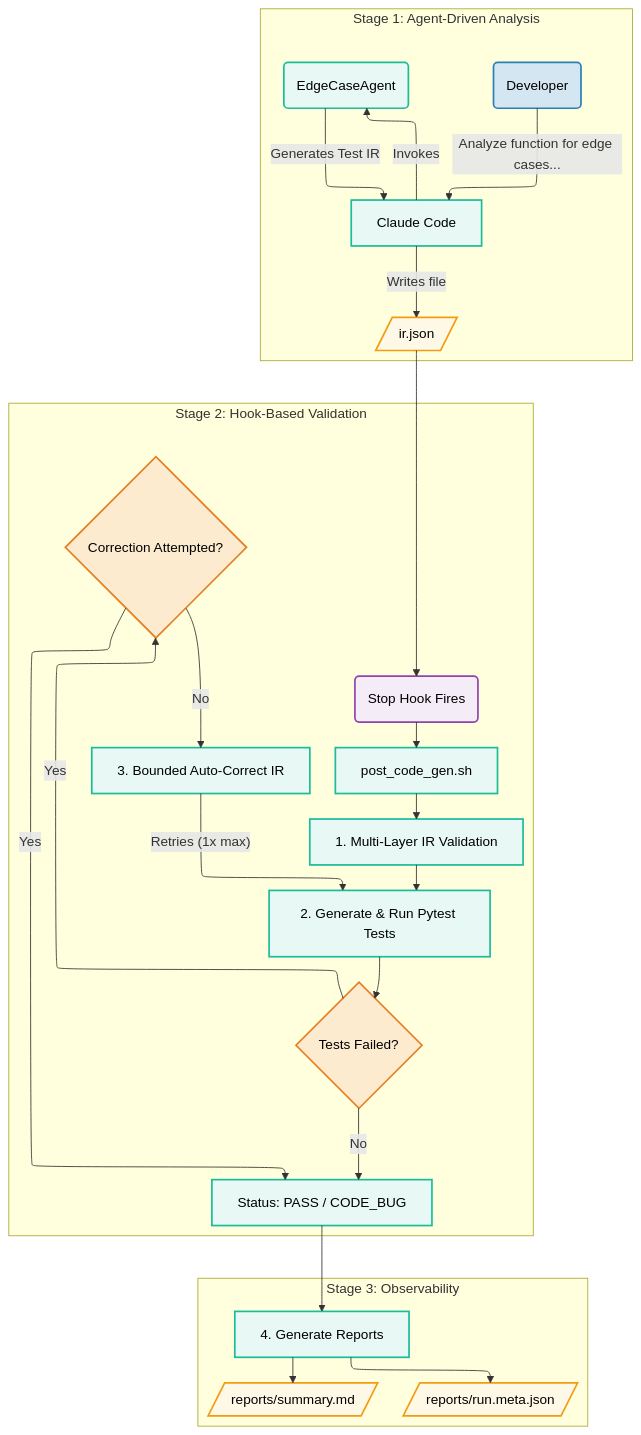
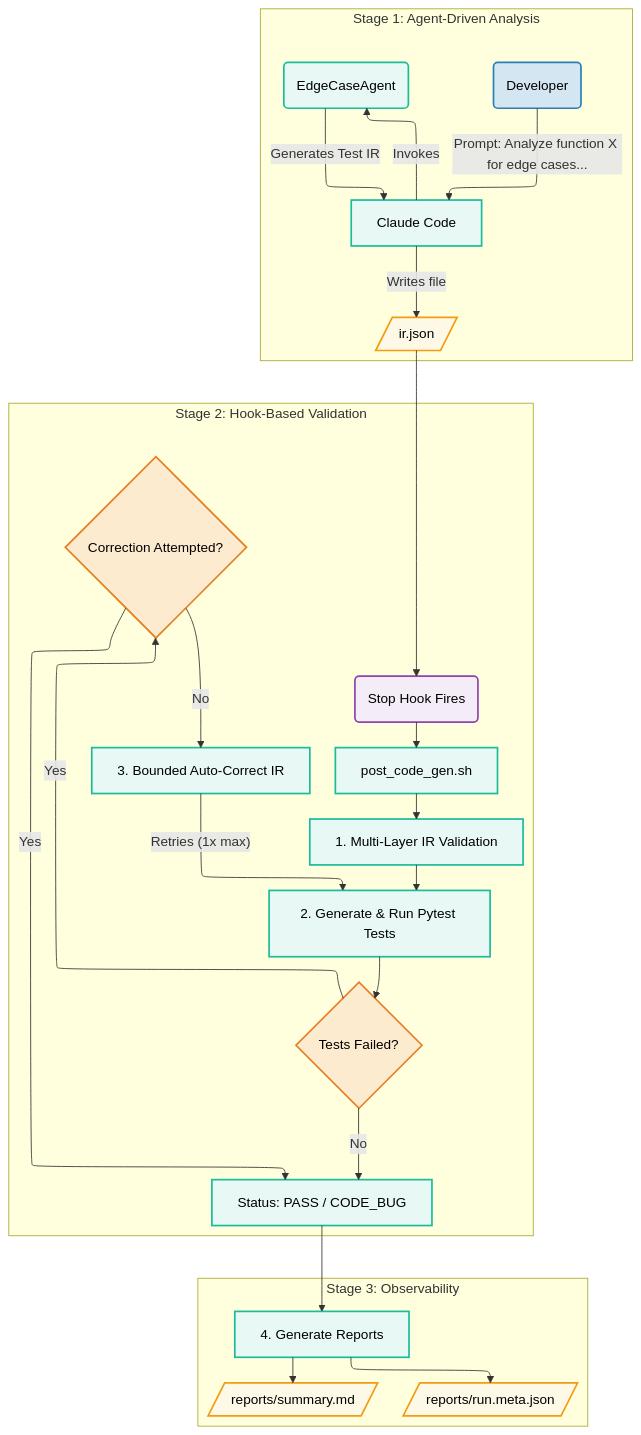
One commit to abean23/claude-code-agent-hooks changed the diagram in docs/main-guide.md. Above: the diagram before and after it, drawn with Mermaid. The commit also changed 1 other file, not shown here.

Commit message:
Link cleanup + mermaid diagram fix

````diff
--- a/docs/main-guide.md
+++ b/docs/main-guide.md
@@ -144,65 +144,72 @@
 ```mermaid
 %%{init: { "flowchart": { "defaultRenderer": "elk" } } }%%
 flowchart TD
     %% Define Styles for different node types
     classDef actor fill:#d4e6f1,stroke:#2980b9,stroke-width:2px;
     classDef file fill:#fef9e7,stroke:#f39c12,stroke-width:2px;
     classDef process fill:#e8f8f5,stroke:#1abc9c,stroke-width:2px;
     classDef hook fill:#f4ecf7,stroke:#8e44ad,stroke-width:2px;
     classDef decision fill:#fdebd0,stroke:#e67e22,stroke-width:2px;
 
     %% STAGE 1: Agent Interaction and IR Generation
     subgraph "Stage 1: Agent-Driven Analysis"
-        A(Developer) -- "Analyze function for edge cases..." --> B[Claude Code];
-        B -- Invokes --> C(EdgeCaseAgent);
-        C -- Generates Test IR --> B;
-        B -- Writes file --> D[/ir.json/];
+        pad1((" "))
+        A(Developer) -- "Prompt: Analyze function X for edge cases..." --> B[Claude Code]
+        B -- Invokes --> C(EdgeCaseAgent)
+        C -- Generates Test IR --> B
+        B -- Writes file --> D[/ir.json/]
     end
 
     %% STAGE 2: Hook-Driven Validation & Correction
     subgraph "Stage 2: Hook-Based Validation"
-        E(Stop Hook Fires) --> F[post_code_gen.sh];
-        F --> G[1. Multi-Layer IR Validation];
-        G --> H[2. Generate & Run Pytest Tests];
-        H --> I{Tests Failed?};
-        I -- No --> J[Status: PASS / CODE_BUG];
-        I -- Yes --> K{Correction Attempted?};
-        K -- No --> L[3. Bounded Auto-Correct IR];
-        L -- Retries (1x max) --> H;
-        K -- Yes --> J;
+        pad2((" "))
+        E(Stop Hook Fires) --> F[post_code_gen.sh]
+        F --> G[1. Multi-Layer IR Validation]
+        G --> H[2. Generate & Run Pytest Tests]
+        H --> I{Tests Failed?}
+        I -- No --> J[Status: PASS / CODE_BUG]
+        I -- Yes --> K{Correction Attempted?}
+        K -- No --> L[3. Bounded Auto-Correct IR]
+        L -- Retries (1x max) --> H
+        K -- Yes --> J
     end
 
     %% STAGE 3: Observability Reporting
     subgraph "Stage 3: Observability"
-        J --> M[4. Generate Reports];
-        M --> N[/reports/summary.md/];
-        M --> O[/reports/run.meta.json/];
+        J --> M[4. Generate Reports]
+        M --> N[/reports/summary.md/]
+        M --> O[/reports/run.meta.json/]
     end
-
+    
     %% Link the Stages
-    D --> E;
-
+    D --> E
+    
     %% Apply the styles
-    class A actor;
-    class D,N,O file;
-    class B,C,F,G,H,J,L,M process;
-    class E hook;
-    class I,K decision;
+    class A actor
+    class D,N,O file
+    class B,C,F,G,H,J,L,M process
+    class E hook
+    class I,K decision
 
     %% Force all text to black
-    style A fill:#d4e6f1,stroke:#2980b9,stroke-width:2px,color:#000000;
-    style B fill:#e8f8f5,stroke:#1abc9c,stroke-width:2px,color:#000000;
-    style C fill:#e8f8f5,stroke:#1abc9c,stroke-width:2px,color:#000000;
-    style D fill:#fef9e7,stroke:#f39c12,stroke-width:2px,color:#000000;
-    style E fill:#f4ecf7,stroke:#8e44ad,stroke-width:2px,color:#000000;
-    style F fill:#e8f8f5,stroke:#1abc9c,stroke-width:2px,color:#000000;
-    style G fill:#e8f8f5,stroke:#1abc9c,stroke-width:2px,color:#000000;
-    style H fill:#e8f8f5,stroke:#1abc9c,stroke-width:2px,color:#000000;
-    style I fill:#fdebd0,stroke:#e67e22,stroke-width:2px,color:#000000;
-    style J fill:#e8f8f5,stroke:#1abc9c,stroke-width:2px,color:#000000;
-    style K fill:#fdebd0,stroke:#e67e22,stroke-width:2px,color:#000000;
-    style L fill:#e8f8f5,stroke:#1abc9c,stroke-width:2px,color:#000000;
-    style M fill:#e8f8f5,stroke:#1abc9c,stroke-width:2px,color:#000000;
-    style N fill:#fef9e7,stroke:#f39c12,stroke-width:2px,color:#000000;
-    style O fill:#fef9e7,stroke:#f39c12,stroke-width:2px,color:#000000;
+    style A fill:#d4e6f1,stroke:#2980b9,stroke-width:2px,color:#000000
+    style B fill:#e8f8f5,stroke:#1abc9c,stroke-width:2px,color:#000000
+    style C fill:#e8f8f5,stroke:#1abc9c,stroke-width:2px,color:#000000
+    style D fill:#fef9e7,stroke:#f39c12,stroke-width:2px,color:#000000
+    style E fill:#f4ecf7,stroke:#8e44ad,stroke-width:2px,color:#000000
+    style F fill:#e8f8f5,stroke:#1abc9c,stroke-width:2px,color:#000000
+    style G fill:#e8f8f5,stroke:#1abc9c,stroke-width:2px,color:#000000
+    style H fill:#e8f8f5,stroke:#1abc9c,stroke-width:2px,color:#000000
+    style I fill:#fdebd0,stroke:#e67e22,stroke-width:2px,color:#000000
+    style J fill:#e8f8f5,stroke:#1abc9c,stroke-width:2px,color:#000000
+    style K fill:#fdebd0,stroke:#e67e22,stroke-width:2px,color:#000000
+    style L fill:#e8f8f5,stroke:#1abc9c,stroke-width:2px,color:#000000
+    style M fill:#e8f8f5,stroke:#1abc9c,stroke-width:2px,color:#000000
+    style N fill:#fef9e7,stroke:#f39c12,stroke-width:2px,color:#000000
+    style O fill:#fef9e7,stroke:#f39c12,stroke-width:2px,color:#000000
+
+    %% Make the padding nodes invisible
+    style pad1 fill:transparent,stroke:transparent,stroke-width:0px
+    style pad2 fill:transparent,stroke:transparent,stroke-width:0px
+
 ```
````
